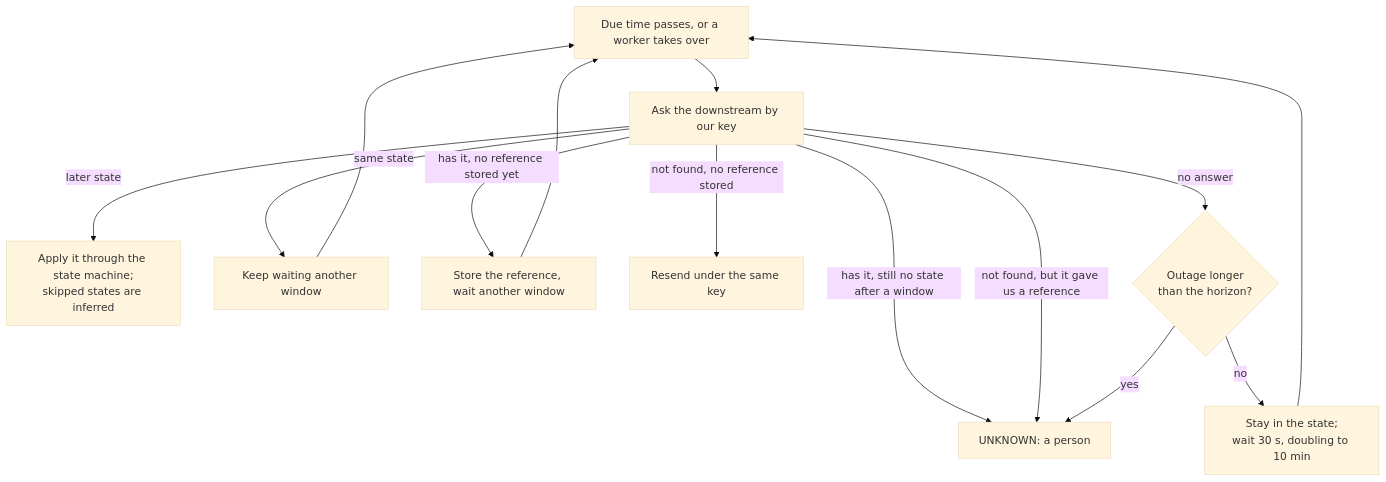
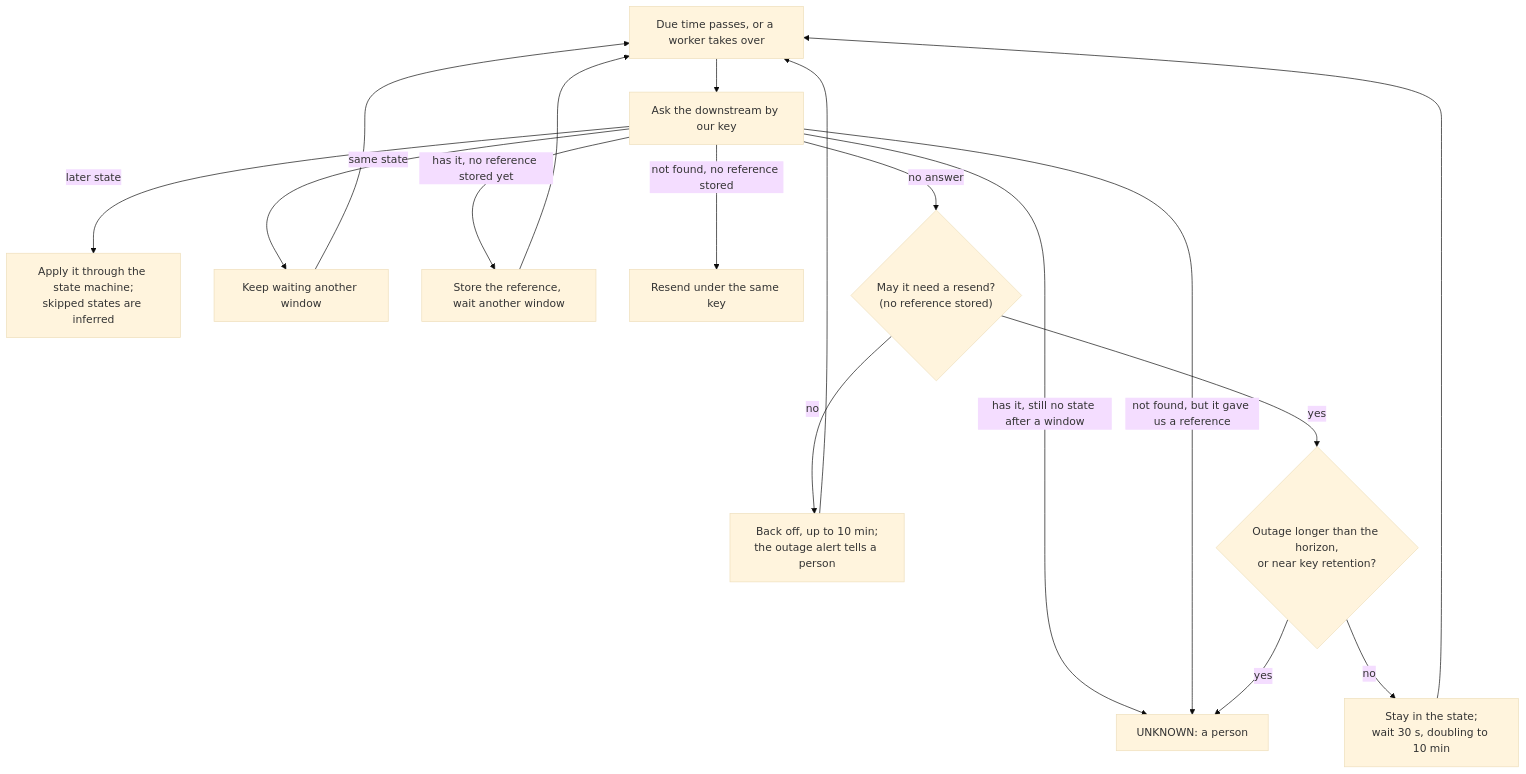
One commit to frimodig/payment-request-engine changed the diagram in docs/recovery.md. Above: the diagram before and after it, drawn with Mermaid (base theme). The commit also changed other lines of this file and 11 other files, not shown here.

````diff
--- a/docs/recovery.md
+++ b/docs/recovery.md
@@ -31,16 +31,19 @@
 ```mermaid
 flowchart TD
     due["Due time passes, or a worker takes over"] --> ask["Ask the downstream by our key"]
     ask -->|"later state"| apply["Apply it through the state machine;<br/>skipped states are inferred"]
     ask -->|"same state"| wait["Keep waiting another window"]
     ask -->|"has it, no reference stored yet"| ref["Store the reference, wait another window"]
     ask -->|"has it, still no state after a window"| unknown["UNKNOWN: a person"]
     ask -->|"not found, no reference stored"| resend["Resend under the same key"]
     ask -->|"not found, but it gave us a reference"| unknown
-    ask -->|"no answer"| outage{"Outage longer<br/>than the horizon?"}
+    ask -->|"no answer"| resendable{"May it need a resend?<br/>(no reference stored)"}
+    resendable -->|"no"| cap["Back off, up to 10 min;<br/>the outage alert tells a person"]
+    resendable -->|"yes"| outage{"Outage longer than the horizon,<br/>or near key retention?"}
     outage -->|"no"| backoff["Stay in the state;<br/>wait 30 s, doubling to 10 min"]
     outage -->|"yes"| unknown
     backoff --> due
+    cap --> due
     wait --> due
     ref --> due
 ```
````
